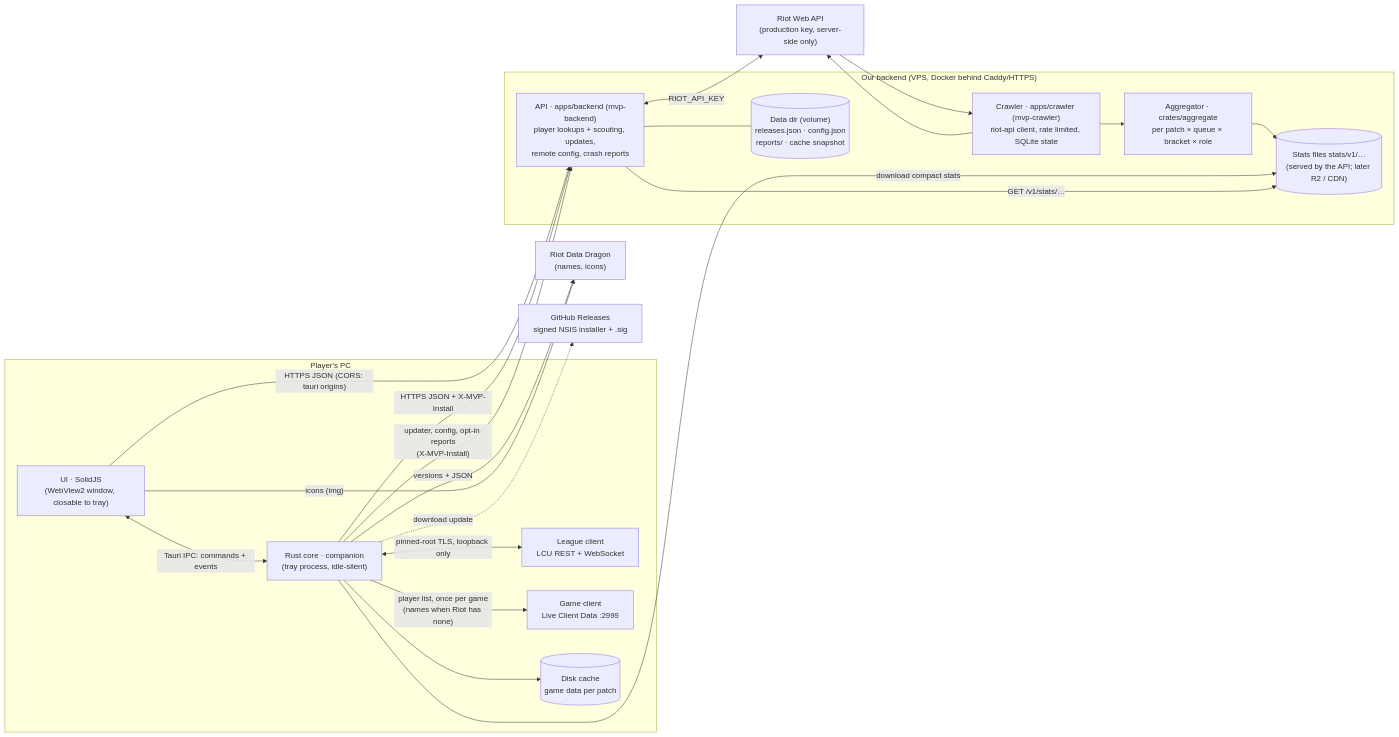
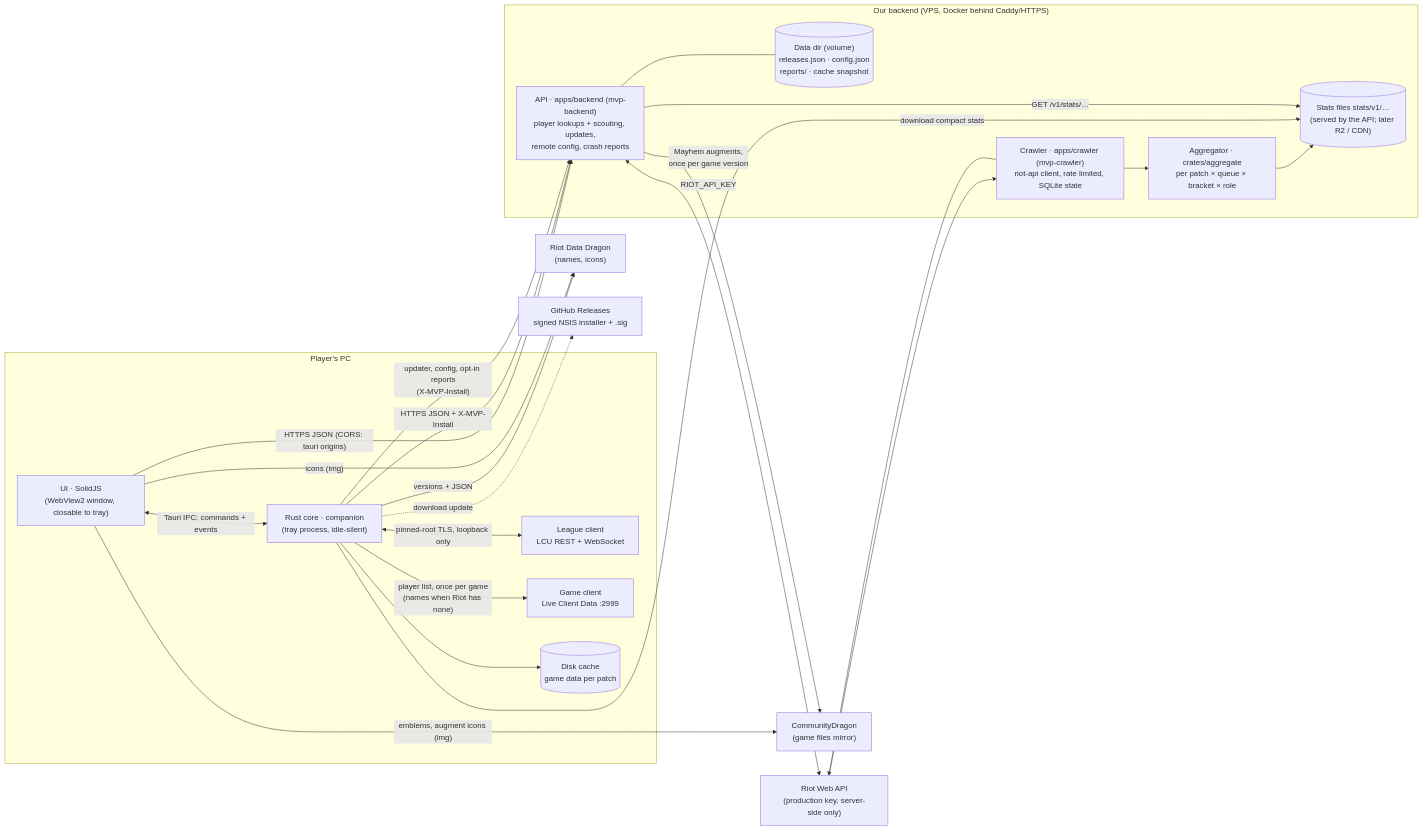
One commit to Filmoo/MVP changed the diagram in docs/architecture.md. Above: the diagram before and after it, drawn with Mermaid. The commit also changed other lines of this file and 5 other files, not shown here.

````diff
--- a/docs/architecture.md
+++ b/docs/architecture.md
@@ -3,39 +3,42 @@
 ```mermaid
 flowchart LR
   subgraph PC["Player's PC"]
     UI["UI · SolidJS<br/>(WebView2 window, closable to tray)"]
     Core["Rust core · companion<br/>(tray process, idle-silent)"]
     LCU["League client<br/>LCU REST + WebSocket"]
     Game["Game client<br/>Live Client Data :2999"]
     Cache[("Disk cache<br/>game data per patch")]
   end
   DD["Riot Data Dragon<br/>(names, icons)"]
+  CD["CommunityDragon<br/>(game files mirror)"]
   subgraph Server["Our backend (VPS, Docker behind Caddy/HTTPS)"]
     Api["API · apps/backend (mvp-backend)<br/>player lookups + scouting, updates,<br/>remote config, crash reports"]
     Data[("Data dir (volume)<br/>releases.json · config.json<br/>reports/ · cache snapshot")]
     Crawler["Crawler · apps/crawler (mvp-crawler)<br/>riot-api client, rate limited, SQLite state"]
     Agg["Aggregator · crates/aggregate<br/>per patch × queue × bracket × role"]
     Files[("Stats files stats/v1/…<br/>(served by the API; later R2 / CDN)")]
   end
   Riot["Riot Web API<br/>(production key, server-side only)"]
 
   UI <-- "Tauri IPC: commands + events" --> Core
   Core <-- "pinned-root TLS, loopback only" --> LCU
   Core -- "player list, once per game<br/>(names when Riot has none)" --> Game
   Core --> Cache
   Core -- "versions + JSON" --> DD
   UI -- "icons (img)" --> DD
+  UI -- "emblems, augment icons (img)" --> CD
+  Api -- "Mayhem augments,<br/>once per game version" --> CD
   Api <-- "RIOT_API_KEY" --> Riot
   Crawler --> Riot --> Crawler
   Crawler --> Agg --> Files
   Core -- "download compact stats" --> Files
   Api -- "GET /v1/stats/…" --> Files
   UI -- "HTTPS JSON (CORS: tauri origins)" --> Api
 
   Core -- "HTTPS JSON + X-MVP-Install" --> Api
 
   Core -- "updater, config, opt-in reports<br/>(X-MVP-Install)" --> Api
   Api --- Data
   GH["GitHub Releases<br/>signed NSIS installer + .sig"]
   Core -. "download update" .-> GH
 ```
````
